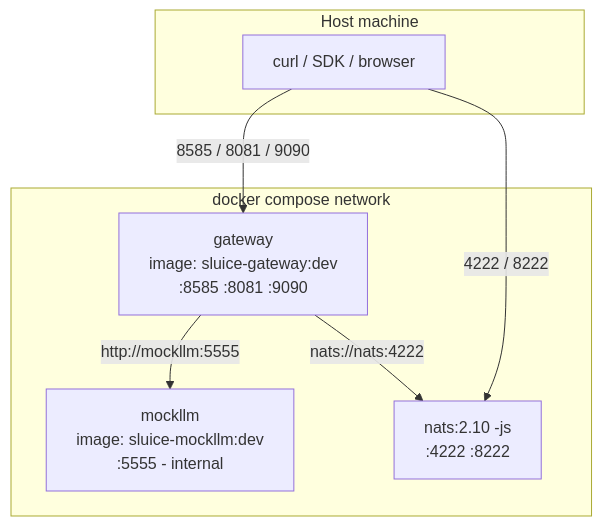
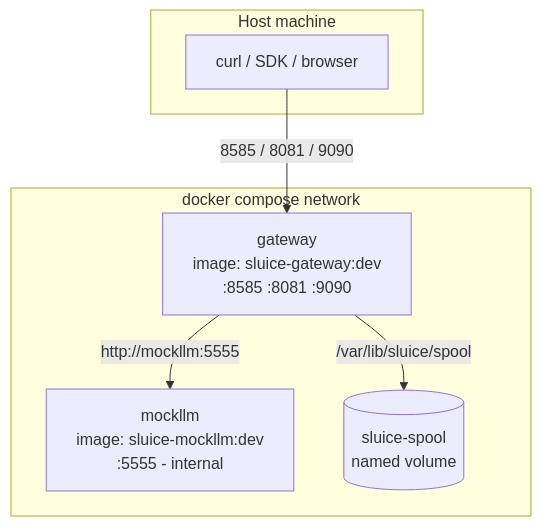
The second of 3 diagrams in docs/local-development.md (andyjmorgan/slipspace-gateway), drawn with Mermaid before and after one commit. The commit also changed other lines of this file and 17 other files, not shown here.

First line of the commit message:
docs: connector + spool architecture (post-NATS)

````diff
--- a/docs/local-development.md
+++ b/docs/local-development.md
@@ -78,15 +77,14 @@
 ```mermaid
 flowchart TB
     subgraph host[Host machine]
         Curl[curl / SDK / browser]
     end
     subgraph compose[docker compose network]
         GW[gateway<br/>image: sluice-gateway:dev<br/>:8585 :8081 :9090]
         Mock[mockllm<br/>image: sluice-mockllm:dev<br/>:5555 - internal]
-        Nats[nats:2.10 -js<br/>:4222 :8222]
+        Spool[(sluice-spool<br/>named volume)]
     end
     Curl -- "8585 / 8081 / 9090" --> GW
-    Curl -- "4222 / 8222" --> Nats
     GW -- "http://mockllm:5555" --> Mock
-    GW -- "nats://nats:4222" --> Nats
+    GW -- "/var/lib/sluice/spool" --> Spool
 ```
````
